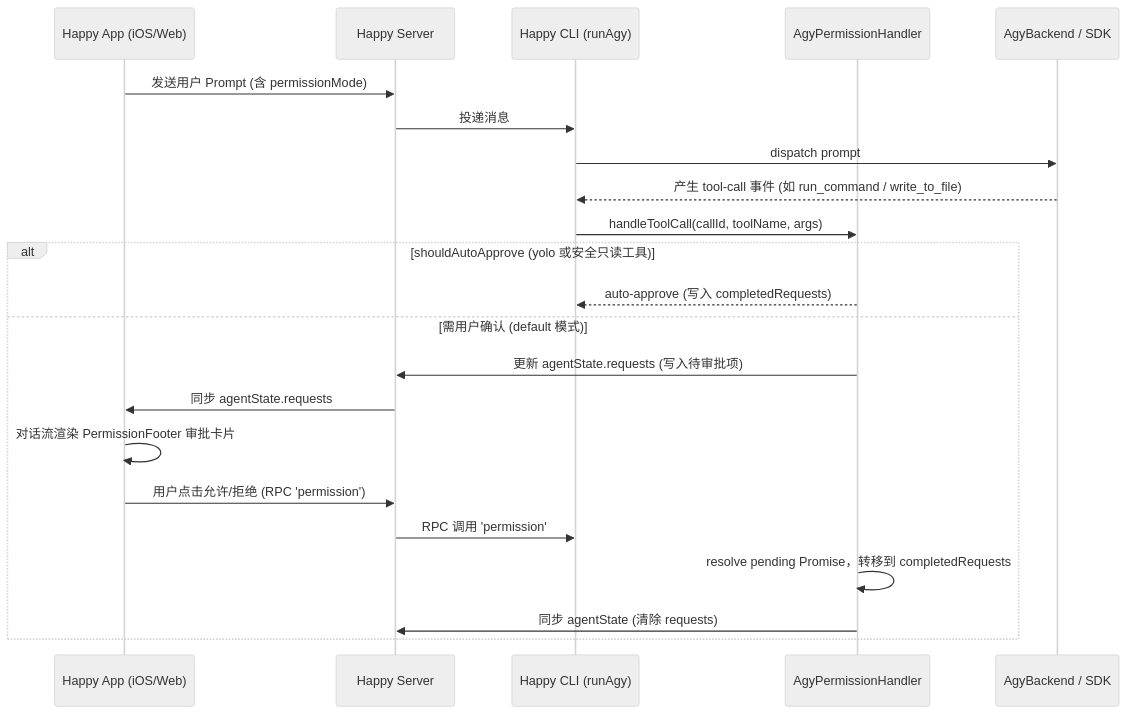
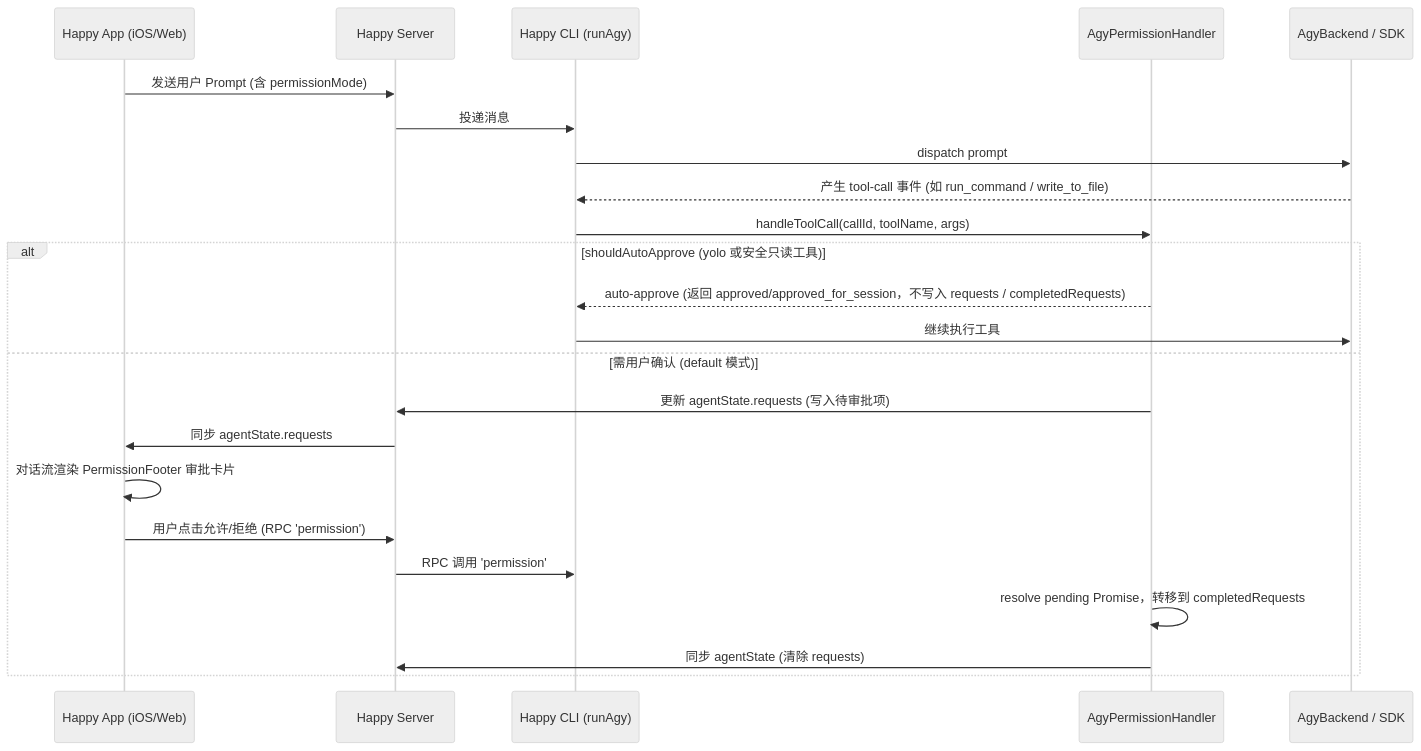
One commit to prophetw/happy changed the diagram in docs/features/agy-permission-handling.md. Above: the diagram before and after it, drawn with Mermaid (neutral theme). The commit also changed other lines of this file and 9 other files, not shown here.

Commit message:
chore(agent): optimize agy auto-approve permission handling and backend print timeout

````diff
--- a/docs/features/agy-permission-handling.md
+++ b/docs/features/agy-permission-handling.md
@@ -16,25 +16,26 @@
 ```mermaid
 sequenceDiagram
     participant App as Happy App (iOS/Web)
     participant Server as Happy Server
     participant CLI as Happy CLI (runAgy)
     participant Handler as AgyPermissionHandler
     participant Backend as AgyBackend / SDK
 
     App->>Server: 发送用户 Prompt (含 permissionMode)
     Server->>CLI: 投递消息
     CLI->>Backend: dispatch prompt
     Backend-->>CLI: 产生 tool-call 事件 (如 run_command / write_to_file)
     CLI->>Handler: handleToolCall(callId, toolName, args)
     alt shouldAutoApprove (yolo 或安全只读工具)
-        Handler-->>CLI: auto-approve (写入 completedRequests)
+        Handler-->>CLI: auto-approve (返回 approved/approved_for_session，不写入 requests / completedRequests)
+        CLI->>Backend: 继续执行工具
     else 需用户确认 (default 模式)
         Handler->>Server: 更新 agentState.requests (写入待审批项)
         Server->>App: 同步 agentState.requests
         App->>App: 对话流渲染 PermissionFooter 审批卡片
         App->>Server: 用户点击允许/拒绝 (RPC 'permission')
         Server->>CLI: RPC 调用 'permission'
         Handler->>Handler: resolve pending Promise，转移到 completedRequests
         Handler->>Server: 同步 agentState (清除 requests)
     end
 ```
````
